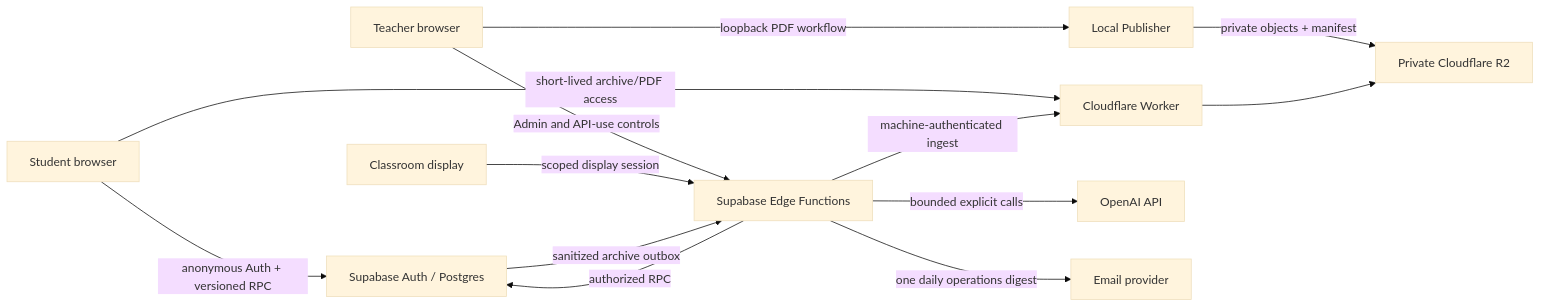
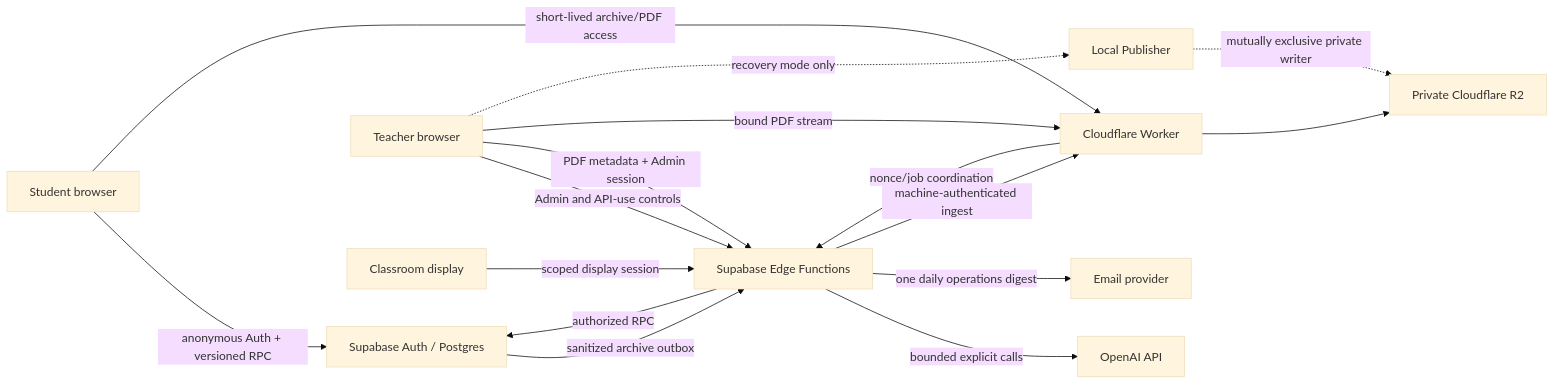
The diagram in docs/architecture.md (genellect/compass-interactive), drawn with Mermaid (base theme) before and after one commit. The commit also changed other lines of this file and 60 other files, not shown here.

````diff
--- a/docs/architecture.md
+++ b/docs/architecture.md
@@ -24,17 +24,20 @@
 ```mermaid
 flowchart LR
   Student["Student browser"] -->|"anonymous Auth + versioned RPC"| Supabase["Supabase Auth / Postgres"]
   Teacher["Teacher browser"] -->|"Admin and API-use controls"| Edge["Supabase Edge Functions"]
   Display["Classroom display"] -->|"scoped display session"| Edge
   Edge -->|"authorized RPC"| Supabase
 
-  Teacher -->|"loopback PDF workflow"| Publisher["Local Publisher"]
-  Publisher -->|"private objects + manifest"| R2["Private Cloudflare R2"]
+  Teacher -->|"PDF metadata + Admin session"| Edge
+  Teacher -->|"bound PDF stream"| Worker
+  Worker -->|"nonce/job coordination"| Edge
+  Teacher -.->|"recovery mode only"| Publisher["Local Publisher"]
+  Publisher -.->|"mutually exclusive private writer"| R2["Private Cloudflare R2"]
   Student -->|"short-lived archive/PDF access"| Worker["Cloudflare Worker"]
   Worker --> R2
 
   Edge -->|"bounded explicit calls"| OpenAI["OpenAI API"]
   Edge -->|"one daily operations digest"| Email["Email provider"]
   Supabase -->|"sanitized archive outbox"| Edge
   Edge -->|"machine-authenticated ingest"| Worker
 ```
````
